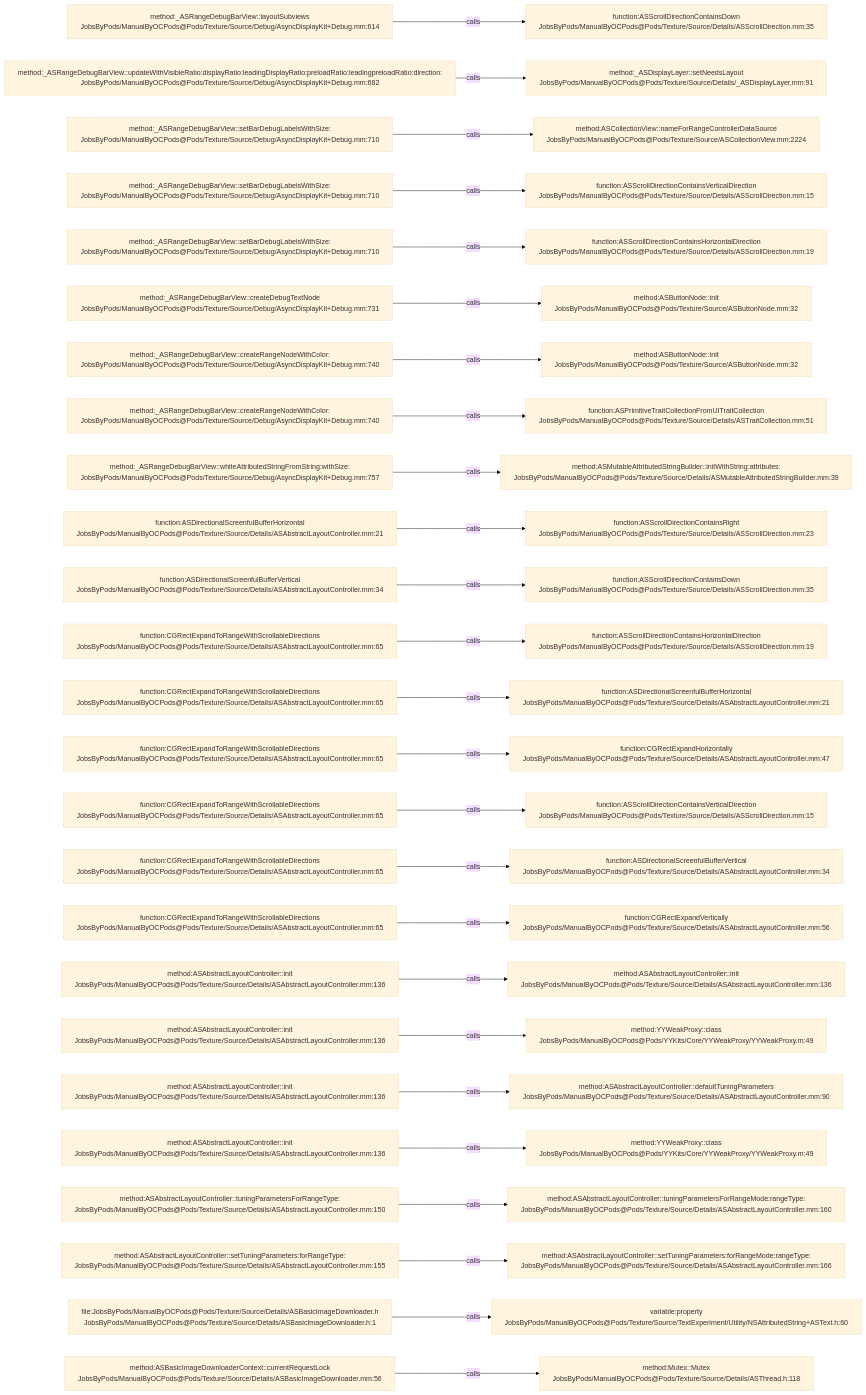
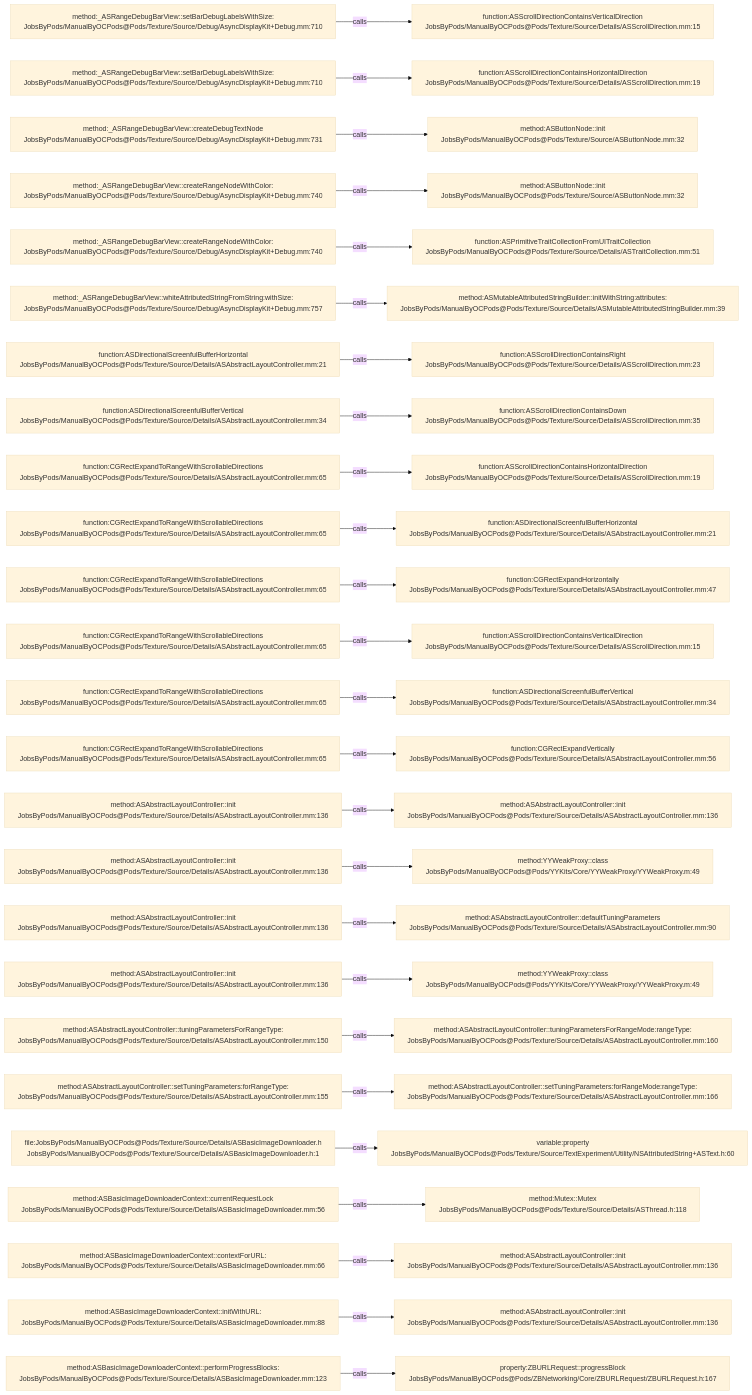
The diagram in .codegraph/codegraph.md/graphs/calls-152.md (JobsKits/JobsOCBaseConfigDemo), drawn with Mermaid (base theme) before and after one commit. The commit also changed 342 other files, not shown here.

````diff
--- a/.codegraph/codegraph.md/graphs/calls-152.md
+++ b/.codegraph/codegraph.md/graphs/calls-152.md
@@ -13,78 +13,78 @@
 ```mermaid
 flowchart LR
-  S1["method:_ASRangeDebugBarView::layoutSubviews<br/>JobsByPods/ManualByOCPods@Pods/Texture/Source/Debug/AsyncDisplayKit+Debug.mm:614"]
-  T1["function:ASScrollDirectionContainsDown<br/>JobsByPods/ManualByOCPods@Pods/Texture/Source/Details/ASScrollDirection.mm:35"]
+  S1["method:_ASRangeDebugBarView::setBarDebugLabelsWithSize:<br/>JobsByPods/ManualByOCPods@Pods/Texture/Source/Debug/AsyncDisplayKit+Debug.mm:710"]
+  T1["function:ASScrollDirectionContainsVerticalDirection<br/>JobsByPods/ManualByOCPods@Pods/Texture/Source/Details/ASScrollDirection.mm:15"]
   S1 -->|calls| T1
-  S2["method:_ASRangeDebugBarView::updateWithVisibleRatio:displayRatio:leadingDisplayRatio:preloadRatio:leadingpreloadRatio:direction:<br/>JobsByPods/ManualByOCPods@Pods/Texture/Source/Debug/AsyncDisplayKit+Debug.mm:682"]
-  T2["method:_ASDisplayLayer::setNeedsLayout<br/>JobsByPods/ManualByOCPods@Pods/Texture/Source/Details/_ASDisplayLayer.mm:91"]
+  S2["method:_ASRangeDebugBarView::setBarDebugLabelsWithSize:<br/>JobsByPods/ManualByOCPods@Pods/Texture/Source/Debug/AsyncDisplayKit+Debug.mm:710"]
+  T2["function:ASScrollDirectionContainsHorizontalDirection<br/>JobsByPods/ManualByOCPods@Pods/Texture/Source/Details/ASScrollDirection.mm:19"]
   S2 -->|calls| T2
-  S3["method:_ASRangeDebugBarView::setBarDebugLabelsWithSize:<br/>JobsByPods/ManualByOCPods@Pods/Texture/Source/Debug/AsyncDisplayKit+Debug.mm:710"]
-  T3["method:ASCollectionView::nameForRangeControllerDataSource<br/>JobsByPods/ManualByOCPods@Pods/Texture/Source/ASCollectionView.mm:2224"]
+  S3["method:_ASRangeDebugBarView::createDebugTextNode<br/>JobsByPods/ManualByOCPods@Pods/Texture/Source/Debug/AsyncDisplayKit+Debug.mm:731"]
+  T3["method:ASButtonNode::init<br/>JobsByPods/ManualByOCPods@Pods/Texture/Source/ASButtonNode.mm:32"]
   S3 -->|calls| T3
-  S4["method:_ASRangeDebugBarView::setBarDebugLabelsWithSize:<br/>JobsByPods/ManualByOCPods@Pods/Texture/Source/Debug/AsyncDisplayKit+Debug.mm:710"]
-  T4["function:ASScrollDirectionContainsVerticalDirection<br/>JobsByPods/ManualByOCPods@Pods/Texture/Source/Details/ASScrollDirection.mm:15"]
+  S4["method:_ASRangeDebugBarView::createRangeNodeWithColor:<br/>JobsByPods/ManualByOCPods@Pods/Texture/Source/Debug/AsyncDisplayKit+Debug.mm:740"]
+  T4["method:ASButtonNode::init<br/>JobsByPods/ManualByOCPods@Pods/Texture/Source/ASButtonNode.mm:32"]
   S4 -->|calls| T4
-  S5["method:_ASRangeDebugBarView::setBarDebugLabelsWithSize:<br/>JobsByPods/ManualByOCPods@Pods/Texture/Source/Debug/AsyncDisplayKit+Debug.mm:710"]
-  T5["function:ASScrollDirectionContainsHorizontalDirection<br/>JobsByPods/ManualByOCPods@Pods/Texture/Source/Details/ASScrollDirection.mm:19"]
+  S5["method:_ASRangeDebugBarView::createRangeNodeWithColor:<br/>JobsByPods/ManualByOCPods@Pods/Texture/Source/Debug/AsyncDisplayKit+Debug.mm:740"]
+  T5["function:ASPrimitiveTraitCollectionFromUITraitCollection<br/>JobsByPods/ManualByOCPods@Pods/Texture/Source/Details/ASTraitCollection.mm:51"]
   S5 -->|calls| T5
-  S6["method:_ASRangeDebugBarView::createDebugTextNode<br/>JobsByPods/ManualByOCPods@Pods/Texture/Source/Debug/AsyncDisplayKit+Debug.mm:731"]
-  T6["method:ASButtonNode::init<br/>JobsByPods/ManualByOCPods@Pods/Texture/Source/ASButtonNode.mm:32"]
+  S6["method:_ASRangeDebugBarView::whiteAttributedStringFromString:withSize:<br/>JobsByPods/ManualByOCPods@Pods/Texture/Source/Debug/AsyncDisplayKit+Debug.mm:757"]
+  T6["method:ASMutableAttributedStringBuilder::initWithString:attributes:<br/>JobsByPods/ManualByOCPods@Pods/Texture/Source/Details/ASMutableAttributedStringBuilder.mm:39"]
   S6 -->|calls| T6
-  S7["method:_ASRangeDebugBarView::createRangeNodeWithColor:<br/>JobsByPods/ManualByOCPods@Pods/Texture/Source/Debug/AsyncDisplayKit+Debug.mm:740"]
-  T7["method:ASButtonNode::init<br/>JobsByPods/ManualByOCPods@Pods/Texture/Source/ASButtonNode.mm:32"]
+  S7["function:ASDirectionalScreenfulBufferHorizontal<br/>JobsByPods/ManualByOCPods@Pods/Texture/Source/Details/ASAbstractLayoutController.mm:21"]
+  T7["function:ASScrollDirectionContainsRight<br/>JobsByPods/ManualByOCPods@Pods/Texture/Source/Details/ASScrollDirection.mm:23"]
   S7 -->|calls| T7
-  S8["method:_ASRangeDebugBarView::createRangeNodeWithColor:<br/>JobsByPods/ManualByOCPods@Pods/Texture/Source/Debug/AsyncDisplayKit+Debug.mm:740"]
-  T8["function:ASPrimitiveTraitCollectionFromUITraitCollection<br/>JobsByPods/ManualByOCPods@Pods/Texture/Source/Details/ASTraitCollection.mm:51"]
+  S8["function:ASDirectionalScreenfulBufferVertical<br/>JobsByPods/ManualByOCPods@Pods/Texture/Source/Details/ASAbstractLayoutController.mm:34"]
+  T8["function:ASScrollDirectionContainsDown<br/>JobsByPods/ManualByOCPods@Pods/Texture/Source/Details/ASScrollDirection.mm:35"]
   S8 -->|calls| T8
-  S9["method:_ASRangeDebugBarView::whiteAttributedStringFromString:withSize:<br/>JobsByPods/ManualByOCPods@Pods/Texture/Source/Debug/AsyncDisplayKit+Debug.mm:757"]
-  T9["method:ASMutableAttributedStringBuilder::initWithString:attributes:<br/>JobsByPods/ManualByOCPods@Pods/Texture/Source/Details/ASMutableAttributedStringBuilder.mm:39"]
+  S9["function:CGRectExpandToRangeWithScrollableDirections<br/>JobsByPods/ManualByOCPods@Pods/Texture/Source/Details/ASAbstractLayoutController.mm:65"]
+  T9["function:ASScrollDirectionContainsHorizontalDirection<br/>JobsByPods/ManualByOCPods@Pods/Texture/Source/Details/ASScrollDirection.mm:19"]
   S9 -->|calls| T9
-  S10["function:ASDirectionalScreenfulBufferHorizontal<br/>JobsByPods/ManualByOCPods@Pods/Texture/Source/Details/ASAbstractLayoutController.mm:21"]
-  T10["function:ASScrollDirectionContainsRight<br/>JobsByPods/ManualByOCPods@Pods/Texture/Source/Details/ASScrollDirection.mm:23"]
+  S10["function:CGRectExpandToRangeWithScrollableDirections<br/>JobsByPods/ManualByOCPods@Pods/Texture/Source/Details/ASAbstractLayoutController.mm:65"]
+  T10["function:ASDirectionalScreenfulBufferHorizontal<br/>JobsByPods/ManualByOCPods@Pods/Texture/Source/Details/ASAbstractLayoutController.mm:21"]
   S10 -->|calls| T10
-  S11["function:ASDirectionalScreenfulBufferVertical<br/>JobsByPods/ManualByOCPods@Pods/Texture/Source/Details/ASAbstractLayoutController.mm:34"]
-  T11["function:ASScrollDirectionContainsDown<br/>JobsByPods/ManualByOCPods@Pods/Texture/Source/Details/ASScrollDirection.mm:35"]
+  S11["function:CGRectExpandToRangeWithScrollableDirections<br/>JobsByPods/ManualByOCPods@Pods/Texture/Source/Details/ASAbstractLayoutController.mm:65"]
+  T11["function:CGRectExpandHorizontally<br/>JobsByPods/ManualByOCPods@Pods/Texture/Source/Details/ASAbstractLayoutController.mm:47"]
   S11 -->|calls| T11
   S12["function:CGRectExpandToRangeWithScrollableDirections<br/>JobsByPods/ManualByOCPods@Pods/Texture/Source/Details/ASAbstractLayoutController.mm:65"]
-  T12["function:ASScrollDirectionContainsHorizontalDirection<br/>JobsByPods/ManualByOCPods@Pods/Texture/Source/Details/ASScrollDirection.mm:19"]
+  T12["function:ASScrollDirectionContainsVerticalDirection<br/>JobsByPods/ManualByOCPods@Pods/Texture/Source/Details/ASScrollDirection.mm:15"]
   S12 -->|calls| T12
   S13["function:CGRectExpandToRangeWithScrollableDirections<br/>JobsByPods/ManualByOCPods@Pods/Texture/Source/Details/ASAbstractLayoutController.mm:65"]
-  T13["function:ASDirectionalScreenfulBufferHorizontal<br/>JobsByPods/ManualByOCPods@Pods/Texture/Source/Details/ASAbstractLayoutController.mm:21"]
+  T13["function:ASDirectionalScreenfulBufferVertical<br/>JobsByPods/ManualByOCPods@Pods/Texture/Source/Details/ASAbstractLayoutController.mm:34"]
   S13 -->|calls| T13
   S14["function:CGRectExpandToRangeWithScrollableDirections<br/>JobsByPods/ManualByOCPods@Pods/Texture/Source/Details/ASAbstractLayoutController.mm:65"]
-  T14["function:CGRectExpandHorizontally<br/>JobsByPods/ManualByOCPods@Pods/Texture/Source/Details/ASAbstractLayoutController.mm:47"]
+  T14["function:CGRectExpandVertically<br/>JobsByPods/ManualByOCPods@Pods/Texture/Source/Details/ASAbstractLayoutController.mm:56"]
   S14 -->|calls| T14
-  S15["function:CGRectExpandToRangeWithScrollableDirections<br/>JobsByPods/ManualByOCPods@Pods/Texture/Source/Details/ASAbstractLayoutController.mm:65"]
-  T15["function:ASScrollDirectionContainsVerticalDirection<br/>JobsByPods/ManualByOCPods@Pods/Texture/Source/Details/ASScrollDirection.mm:15"]
+  S15["method:ASAbstractLayoutController::init<br/>JobsByPods/ManualByOCPods@Pods/Texture/Source/Details/ASAbstractLayoutController.mm:136"]
+  T15["method:ASAbstractLayoutController::init<br/>JobsByPods/ManualByOCPods@Pods/Texture/Source/Details/ASAbstractLayoutController.mm:136"]
   S15 -->|calls| T15
-  S16["function:CGRectExpandToRangeWithScrollableDirections<br/>JobsByPods/ManualByOCPods@Pods/Texture/Source/Details/ASAbstractLayoutController.mm:65"]
-  T16["function:ASDirectionalScreenfulBufferVertical<br/>JobsByPods/ManualByOCPods@Pods/Texture/Source/Details/ASAbstractLayoutController.mm:34"]
+  S16["method:ASAbstractLayoutController::init<br/>JobsByPods/ManualByOCPods@Pods/Texture/Source/Details/ASAbstractLayoutController.mm:136"]
+  T16["method:YYWeakProxy::class<br/>JobsByPods/ManualByOCPods@Pods/YYKits/Core/YYWeakProxy/YYWeakProxy.m:49"]
   S16 -->|calls| T16
-  S17["function:CGRectExpandToRangeWithScrollableDirections<br/>JobsByPods/ManualByOCPods@Pods/Texture/Source/Details/ASAbstractLayoutController.mm:65"]
-  T17["function:CGRectExpandVertically<br/>JobsByPods/ManualByOCPods@Pods/Texture/Source/Details/ASAbstractLayoutController.mm:56"]
+  S17["method:ASAbstractLayoutController::init<br/>JobsByPods/ManualByOCPods@Pods/Texture/Source/Details/ASAbstractLayoutController.mm:136"]
+  T17["method:ASAbstractLayoutController::defaultTuningParameters<br/>JobsByPods/ManualByOCPods@Pods/Texture/Source/Details/ASAbstractLayoutController.mm:90"]
   S17 -->|calls| T17
   S18["method:ASAbstractLayoutController::init<br/>JobsByPods/ManualByOCPods@Pods/Texture/Source/Details/ASAbstractLayoutController.mm:136"]
-  T18["method:ASAbstractLayoutController::init<br/>JobsByPods/ManualByOCPods@Pods/Texture/Source/Details/ASAbstractLayoutController.mm:136"]
+  T18["method:YYWeakProxy::class<br/>JobsByPods/ManualByOCPods@Pods/YYKits/Core/YYWeakProxy/YYWeakProxy.m:49"]
   S18 -->|calls| T18
-  S19["method:ASAbstractLayoutController::init<br/>JobsByPods/ManualByOCPods@Pods/Texture/Source/Details/ASAbstractLayoutController.mm:136"]
-  T19["method:YYWeakProxy::class<br/>JobsByPods/ManualByOCPods@Pods/YYKits/Core/YYWeakProxy/YYWeakProxy.m:49"]
+  S19["method:ASAbstractLayoutController::tuningParametersForRangeType:<br/>JobsByPods/ManualByOCPods@Pods/Texture/Source/Details/ASAbstractLayoutController.mm:150"]
+  T19["method:ASAbstractLayoutController::tuningParametersForRangeMode:rangeType:<br/>JobsByPods/ManualByOCPods@Pods/Texture/Source/Details/ASAbstractLayoutController.mm:160"]
   S19 -->|calls| T19
-  S20["method:ASAbstractLayoutController::init<br/>JobsByPods/ManualByOCPods@Pods/Texture/Source/Details/ASAbstractLayoutController.mm:136"]
-  T20["method:ASAbstractLayoutController::defaultTuningParameters<br/>JobsByPods/ManualByOCPods@Pods/Texture/Source/Details/ASAbstractLayoutController.mm:90"]
+  S20["method:ASAbstractLayoutController::setTuningParameters:forRangeType:<br/>JobsByPods/ManualByOCPods@Pods/Texture/Source/Details/ASAbstractLayoutController.mm:155"]
+  T20["method:ASAbstractLayoutController::setTuningParameters:forRangeMode:rangeType:<br/>JobsByPods/ManualByOCPods@Pods/Texture/Source/Details/ASAbstractLayoutController.mm:166"]
   S20 -->|calls| T20
-  S21["method:ASAbstractLayoutController::init<br/>JobsByPods/ManualByOCPods@Pods/Texture/Source/Details/ASAbstractLayoutController.mm:136"]
-  T21["method:YYWeakProxy::class<br/>JobsByPods/ManualByOCPods@Pods/YYKits/Core/YYWeakProxy/YYWeakProxy.m:49"]
+  S21["file:JobsByPods/ManualByOCPods@Pods/Texture/Source/Details/ASBasicImageDownloader.h<br/>JobsByPods/ManualByOCPods@Pods/Texture/Source/Details/ASBasicImageDownloader.h:1"]
+  T21["variable:property<br/>JobsByPods/ManualByOCPods@Pods/Texture/Source/TextExperiment/Utility/NSAttributedString+ASText.h:60"]
   S21 -->|calls| T21
-  S22["method:ASAbstractLayoutController::tuningParametersForRangeType:<br/>JobsByPods/ManualByOCPods@Pods/Texture/Source/Details/ASAbstractLayoutController.mm:150"]
-  T22["method:ASAbstractLayoutController::tuningParametersForRangeMode:rangeType:<br/>JobsByPods/ManualByOCPods@Pods/Texture/Source/Details/ASAbstractLayoutController.mm:160"]
+  S22["method:ASBasicImageDownloaderContext::currentRequestLock<br/>JobsByPods/ManualByOCPods@Pods/Texture/Source/Details/ASBasicImageDownloader.mm:56"]
+  T22["method:Mutex::Mutex<br/>JobsByPods/ManualByOCPods@Pods/Texture/Source/Details/ASThread.h:118"]
   S22 -->|calls| T22
-  S23["method:ASAbstractLayoutController::setTuningParameters:forRangeType:<br/>JobsByPods/ManualByOCPods@Pods/Texture/Source/Details/ASAbstractLayoutController.mm:155"]
-  T23["method:ASAbstractLayoutController::setTuningParameters:forRangeMode:rangeType:<br/>JobsByPods/ManualByOCPods@Pods/Texture/Source/Details/ASAbstractLayoutController.mm:166"]
+  S23["method:ASBasicImageDownloaderContext::contextForURL:<br/>JobsByPods/ManualByOCPods@Pods/Texture/Source/Details/ASBasicImageDownloader.mm:66"]
+  T23["method:ASAbstractLayoutController::init<br/>JobsByPods/ManualByOCPods@Pods/Texture/Source/Details/ASAbstractLayoutController.mm:136"]
   S23 -->|calls| T23
-  S24["file:JobsByPods/ManualByOCPods@Pods/Texture/Source/Details/ASBasicImageDownloader.h<br/>JobsByPods/ManualByOCPods@Pods/Texture/Source/Details/ASBasicImageDownloader.h:1"]
-  T24["variable:property<br/>JobsByPods/ManualByOCPods@Pods/Texture/Source/TextExperiment/Utility/NSAttributedString+ASText.h:60"]
+  S24["method:ASBasicImageDownloaderContext::initWithURL:<br/>JobsByPods/ManualByOCPods@Pods/Texture/Source/Details/ASBasicImageDownloader.mm:88"]
+  T24["method:ASAbstractLayoutController::init<br/>JobsByPods/ManualByOCPods@Pods/Texture/Source/Details/ASAbstractLayoutController.mm:136"]
   S24 -->|calls| T24
-  S25["method:ASBasicImageDownloaderContext::currentRequestLock<br/>JobsByPods/ManualByOCPods@Pods/Texture/Source/Details/ASBasicImageDownloader.mm:56"]
-  T25["method:Mutex::Mutex<br/>JobsByPods/ManualByOCPods@Pods/Texture/Source/Details/ASThread.h:118"]
+  S25["method:ASBasicImageDownloaderContext::performProgressBlocks:<br/>JobsByPods/ManualByOCPods@Pods/Texture/Source/Details/ASBasicImageDownloader.mm:123"]
+  T25["property:ZBURLRequest::progressBlock<br/>JobsByPods/ManualByOCPods@Pods/ZBNetworking/Core/ZBURLRequest/ZBURLRequest.h:167"]
   S25 -->|calls| T25
 ```
````
